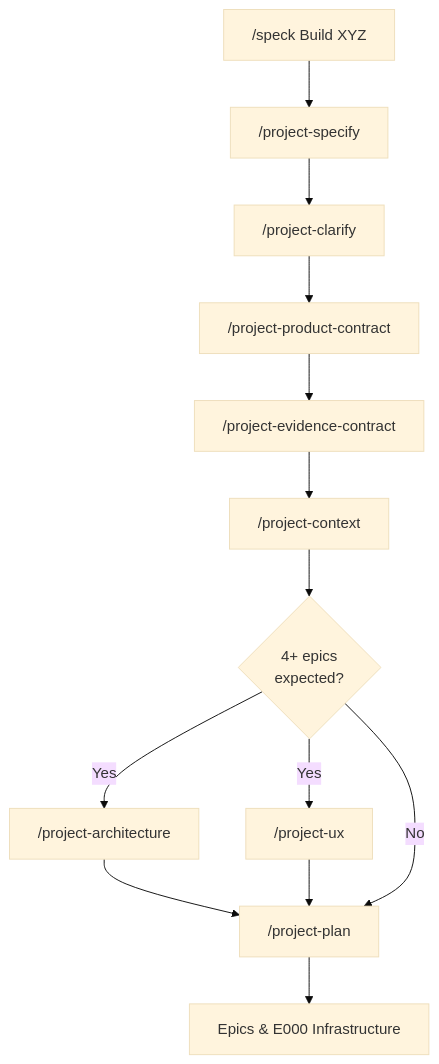
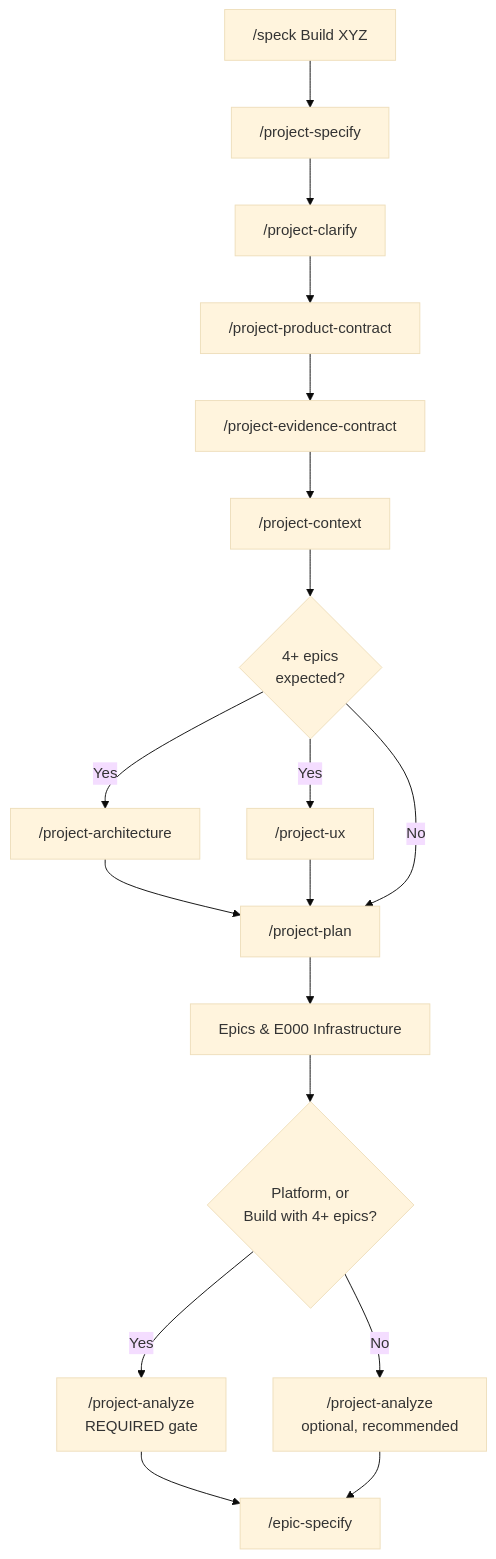
Before and after one commit to telum-ai/speck: the first of 3 diagrams in .speck/README.md, drawn with Mermaid (base theme). The commit also changed other lines of this file and 27 other files, not shown here.

````diff
--- a/.speck/README.md
+++ b/.speck/README.md
@@ -245,15 +252,20 @@
 ```mermaid
 graph TD
     A["/speck Build XYZ"] --> B["/project-specify"]
     B --> C["/project-clarify"]
     C --> D["/project-product-contract"]
     D --> E["/project-evidence-contract"]
     E --> F["/project-context"]
     F --> G{"4+ epics<br/>expected?"}
     G -->|Yes| H["/project-architecture"]
     G -->|Yes| I["/project-ux"]
     H --> J["/project-plan"]
     I --> J
     G -->|No| J
     J --> K["Epics & E000 Infrastructure"]
+    K --> L{"Platform, or<br/>Build with 4+ epics?"}
+    L -->|Yes| M["/project-analyze<br/>REQUIRED gate"]
+    L -->|No| N["/project-analyze<br/>optional, recommended"]
+    M --> O["/epic-specify"]
+    N --> O
 ```
````
